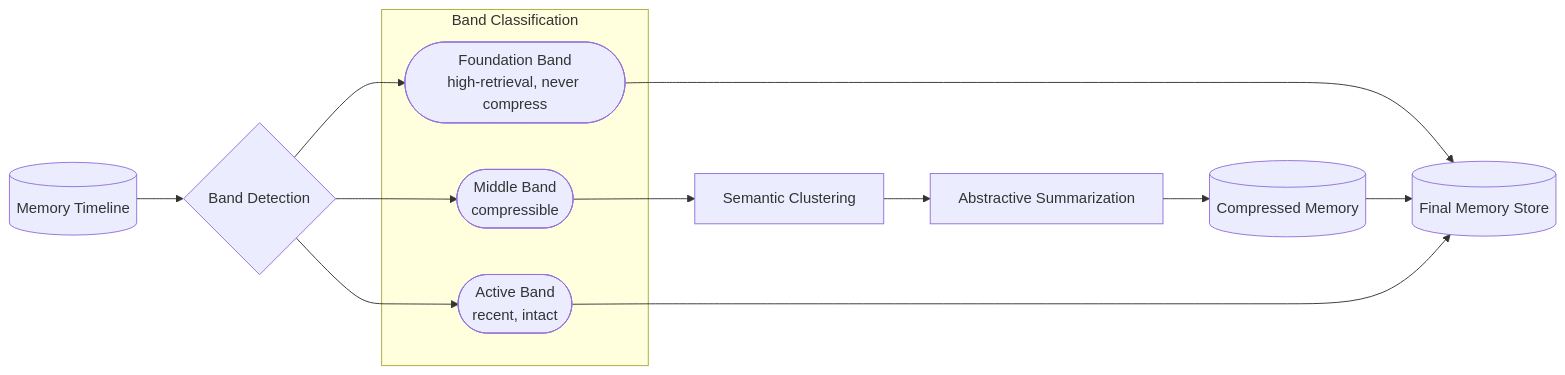
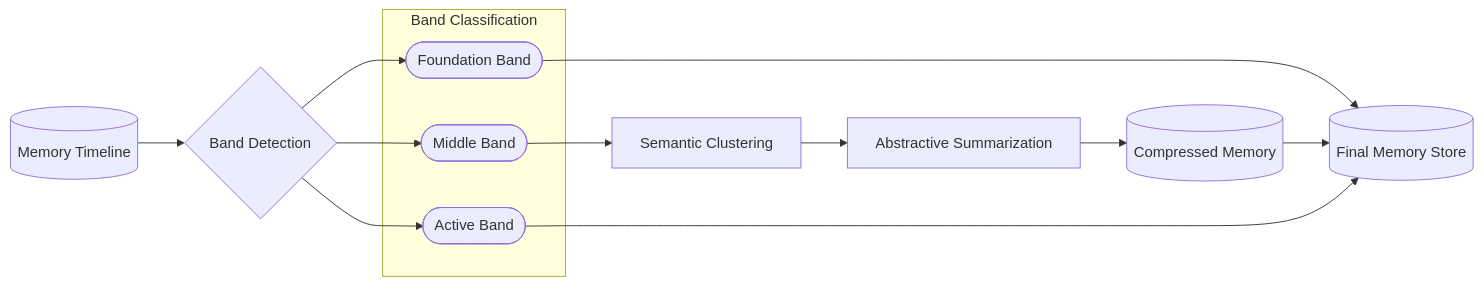
Before and after one commit to CyberdaemonAI/cyberdaemon-site: the diagram in src/content/research/middle-out-compression.mdx, drawn with Mermaid. The commit also changed other lines of this file and 10 other files, not shown here.

First line of the commit message:
fix(content): mermaid single-line labels, lint clean, workflow auth

````diff
--- a/src/content/research/middle-out-compression.mdx
+++ b/src/content/research/middle-out-compression.mdx
@@ -119,20 +119,20 @@
 ```mermaid
 flowchart LR
     A[(Memory Timeline)] --> B{Band Detection}
 
     subgraph bands["Band Classification"]
-        C(["Foundation Band\nhigh-retrieval, never compress"])
-        D(["Middle Band\ncompressible"])
-        E(["Active Band\nrecent, intact"])
+        C([Foundation Band])
+        D([Middle Band])
+        E([Active Band])
     end
 
     B --> C
     B --> D
     B --> E
     D --> F[Semantic Clustering]
     F --> G[Abstractive Summarization]
     G --> H[(Compressed Memory)]
     C --> OUT[(Final Memory Store)]
     H --> OUT
     E --> OUT
 ```
````
